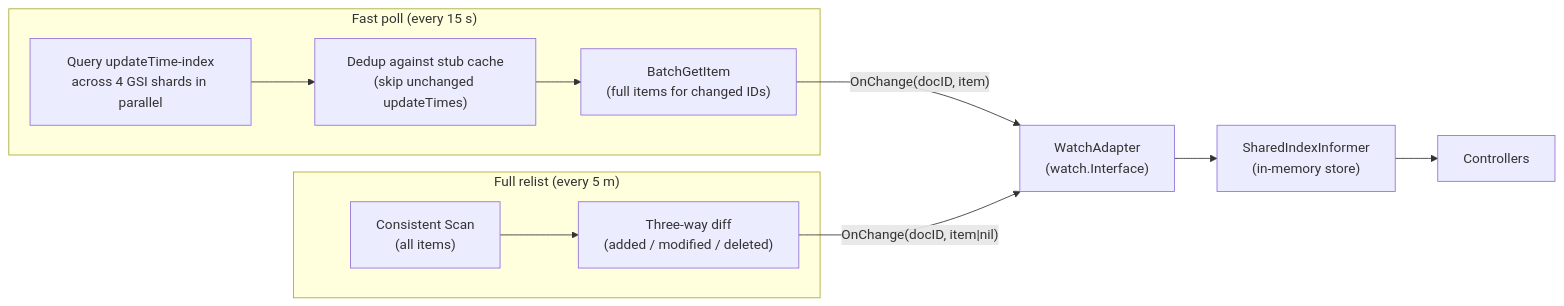
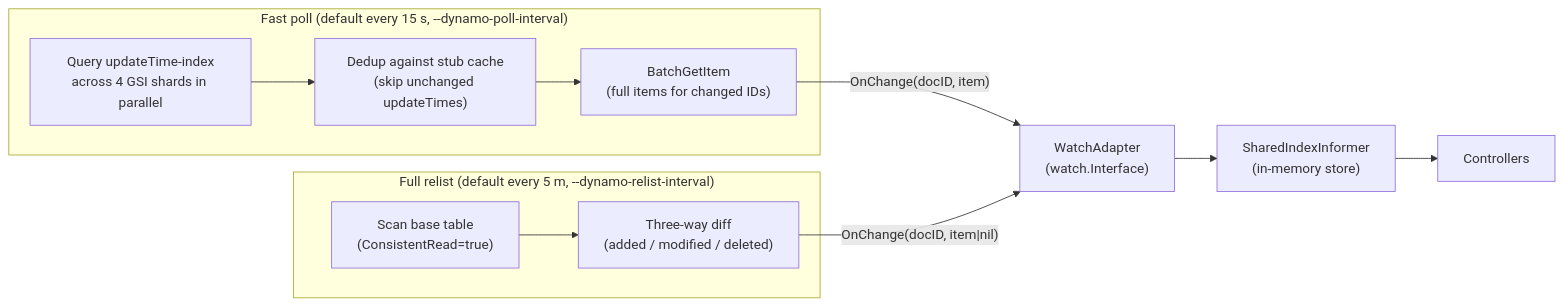
Before and after one commit to openshift-online/rosa-hyperfleet: the second of 4 diagrams in docs/design/kube-applier-architecture.md, drawn with Mermaid. The commit also changed other lines of this file and 4 other files, not shown here.

````diff
--- a/docs/design/kube-applier-architecture.md
+++ b/docs/design/kube-applier-architecture.md
@@ -107,20 +108,20 @@
 ```mermaid
 flowchart LR
-    subgraph "Fast poll (every 15 s)"
+    subgraph "Fast poll (default every 15 s, --dynamo-poll-interval)"
         Q["Query updateTime-index\nacross 4 GSI shards in parallel"]
         D["Dedup against stub cache\n(skip unchanged updateTimes)"]
         B["BatchGetItem\n(full items for changed IDs)"]
         Q --> D --> B
     end
 
-    subgraph "Full relist (every 5 m)"
-        S["Consistent Scan\n(all items)"]
+    subgraph "Full relist (default every 5 m, --dynamo-relist-interval)"
+        S["Scan base table\n(ConsistentRead=true)"]
         DIFF["Three-way diff\n(added / modified / deleted)"]
         S --> DIFF
     end
 
     B -->|"OnChange(docID, item)"| WA["WatchAdapter\n(watch.Interface)"]
     DIFF -->|"OnChange(docID, item|nil)"| WA
     WA --> INF["SharedIndexInformer\n(in-memory store)"]
     INF --> CTL["Controllers"]
 ```
````
